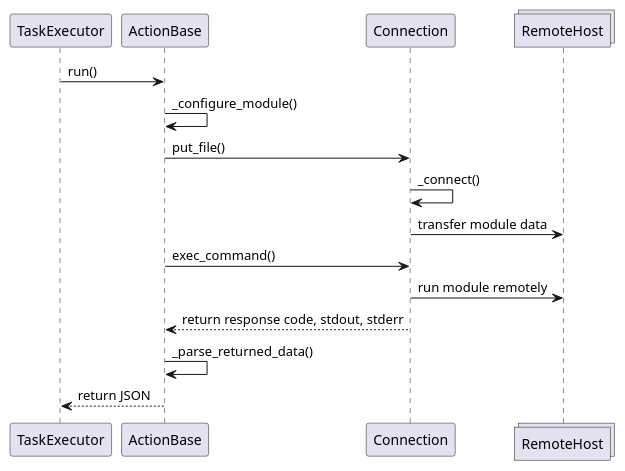
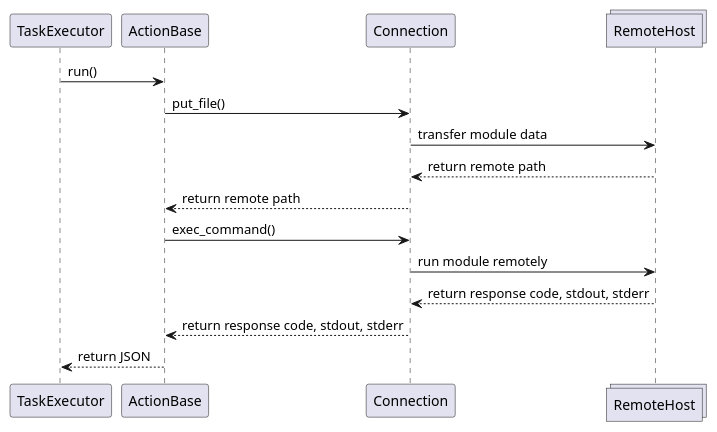
Before and after one commit to ezequiels/nazz: the diagram in project/uml/RemoteExecutionSequence.puml, drawn with PlantUML.

Commit message:
Another set of remote execution tweaks
- Remove the internal method calls for configuring a module and
connecting
- Make return values more clear for various steps

```diff
--- a/project/uml/RemoteExecutionSequence.puml
+++ b/project/uml/RemoteExecutionSequence.puml
@@ -1,23 +1,24 @@
 @startuml
 
 participant TaskExecutor
 participant ActionBase
 participant Connection
 collections RemoteHost
 
 TaskExecutor->ActionBase: run()
 
-ActionBase->ActionBase: _configure_module()
 ActionBase->Connection: put_file()
-
-Connection->Connection: _connect()
 Connection->RemoteHost: transfer module data
+Connection<--RemoteHost: return remote path
+ActionBase<--Connection: return remote path
 
 ActionBase->Connection: exec_command()
+
 Connection->RemoteHost: run module remotely
+Connection<--RemoteHost: return response code, stdout, stderr
+
 ActionBase<--Connection: return response code, stdout, stderr
 
-ActionBase->ActionBase: _parse_returned_data()
 TaskExecutor<--ActionBase: return JSON
 
 @enduml
```
